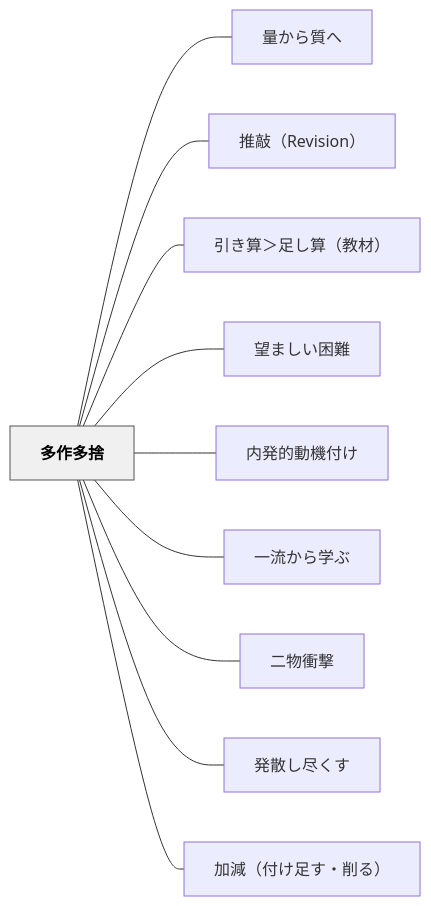
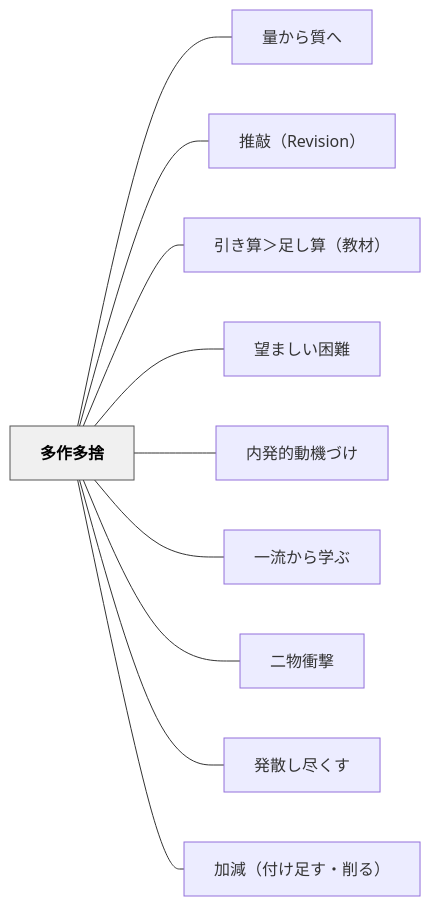
The diagram in content/パタン/多作多捨.md (unknownthings-ed-patterns/unknownthings-ed-patterns), drawn with Mermaid before and after one commit. The commit also changed other lines of this file and 234 other files, not shown here.

````diff
--- a/content/パタン/多作多捨.md
+++ b/content/パタン/多作多捨.md
@@ -163,26 +163,26 @@
 ```mermaid
 flowchart LR
     ne5a49ae4bd9ce5a49ae68da8["多作多捨"]
     ne9878fe3818be38289e8b3aae381b8["量から質へ"]
     ne68ea8e695b2efbc885265766973696f6eefbc89["推敲（Revision）"]
     ne5bc95e3818de7ae97efbc9ee8b6b3e38197e7ae97efbc88e69599e69d90efbc89["引き算＞足し算（教材）"]
     ne69c9be381bee38197e38184e59bb0e99ba3["望ましい困難"]
-    ne58685e799bae79a84e58b95e6a99fe4bb98e38191["内発的動機付け"]
+    ne58685e799bae79a84e58b95e6a99fe381a5e38191["内発的動機づけ"]
     ne4b880e6b581e3818be38289e5ada6e381b6["一流から学ぶ"]
     ne4ba8ce789a9e8a19de69283["二物衝撃"]
     ne799bae695a3e38197e5b0bde3818fe38199["発散し尽くす"]
     ne58aa0e6b89befbc88e4bb98e38191e8b6b3e38199e383bbe5898ae3828befbc89["加減（付け足す・削る）"]
 
     ne5a49ae4bd9ce5a49ae68da8 --- ne9878fe3818be38289e8b3aae381b8
     ne5a49ae4bd9ce5a49ae68da8 --- ne68ea8e695b2efbc885265766973696f6eefbc89
     ne5a49ae4bd9ce5a49ae68da8 --- ne5bc95e3818de7ae97efbc9ee8b6b3e38197e7ae97efbc88e69599e69d90efbc89
     ne5a49ae4bd9ce5a49ae68da8 --- ne69c9be381bee38197e38184e59bb0e99ba3
-    ne5a49ae4bd9ce5a49ae68da8 --- ne58685e799bae79a84e58b95e6a99fe4bb98e38191
+    ne5a49ae4bd9ce5a49ae68da8 --- ne58685e799bae79a84e58b95e6a99fe381a5e38191
     ne5a49ae4bd9ce5a49ae68da8 --- ne4b880e6b581e3818be38289e5ada6e381b6
     ne5a49ae4bd9ce5a49ae68da8 --- ne4ba8ce789a9e8a19de69283
     ne5a49ae4bd9ce5a49ae68da8 --- ne799bae695a3e38197e5b0bde3818fe38199
     ne5a49ae4bd9ce5a49ae68da8 --- ne58aa0e6b89befbc88e4bb98e38191e8b6b3e38199e383bbe5898ae3828befbc89
 
     classDef hub fill:#f0f0f0,stroke:#555,color:#000,font-weight:bold
     class ne5a49ae4bd9ce5a49ae68da8 hub
 ```
````
